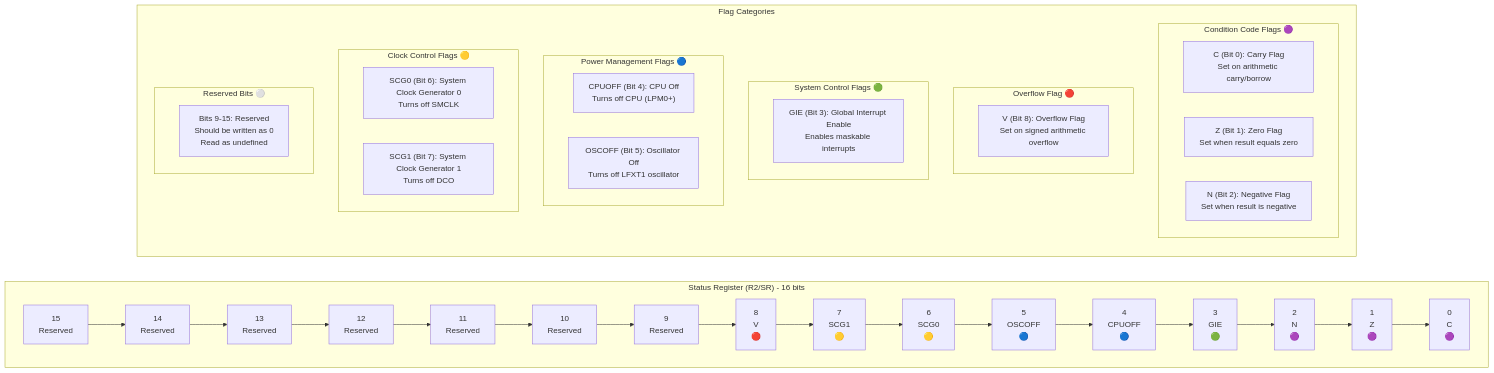
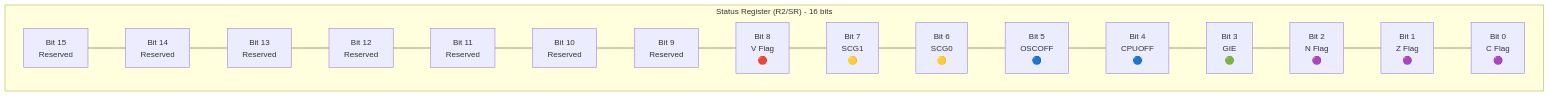
The fourth of 9 diagrams in docs/MSP430_CPU_REGISTERS.md (grahame-white/ai_msp430_emulator), drawn with Mermaid before and after one commit. The commit also changed other lines of this file, not shown here.

Commit message:
Improve Mermaid diagram text readability by splitting complex diagrams

````diff
--- a/docs/MSP430_CPU_REGISTERS.md
+++ b/docs/MSP430_CPU_REGISTERS.md
@@ -61,40 +93,38 @@
 ```mermaid
 graph LR
     subgraph sr["Status Register (R2/SR) - 16 bits"]
         direction LR
-        B15["15<br/>Reserved"] --> B14["14<br/>Reserved"] --> B13["13<br/>Reserved"] --> B12["12<br/>Reserved"]
-        B12 --> B11["11<br/>Reserved"] --> B10["10<br/>Reserved"] --> B9["9<br/>Reserved"] --> B8["8<br/>V<br/>🔴"]
-        B8 --> B7["7<br/>SCG1<br/>🟡"] --> B6["6<br/>SCG0<br/>🟡"] --> B5["5<br/>OSCOFF<br/>🔵"]
-        B5 --> B4["4<br/>CPUOFF<br/>🔵"] --> B3["3<br/>GIE<br/>🟢"] --> B2["2<br/>N<br/>🟣"] --> B1["1<br/>Z<br/>🟣"] --> B0["0<br/>C<br/>🟣"]
-    end
-    
-    subgraph flags["Flag Categories"]
-        subgraph cc["Condition Code Flags 🟣"]
-            CFLAG["C (Bit 0): Carry Flag<br/>Set on arithmetic carry/borrow"]
-            ZFLAG["Z (Bit 1): Zero Flag<br/>Set when result equals zero"]
-            NFLAG["N (Bit 2): Negative Flag<br/>Set when result is negative"]
-        end
+        B15["Bit 15<br/>Reserved"] 
+        B14["Bit 14<br/>Reserved"] 
+        B13["Bit 13<br/>Reserved"] 
+        B12["Bit 12<br/>Reserved"]
+        B11["Bit 11<br/>Reserved"] 
+        B10["Bit 10<br/>Reserved"] 
+        B9["Bit 9<br/>Reserved"] 
+        B8["Bit 8<br/>V Flag<br/>🔴"]
+        B7["Bit 7<br/>SCG1<br/>🟡"] 
+        B6["Bit 6<br/>SCG0<br/>🟡"] 
+        B5["Bit 5<br/>OSCOFF<br/>🔵"]
+        B4["Bit 4<br/>CPUOFF<br/>🔵"] 
+        B3["Bit 3<br/>GIE<br/>🟢"] 
+        B2["Bit 2<br/>N Flag<br/>🟣"] 
+        B1["Bit 1<br/>Z Flag<br/>🟣"] 
+        B0["Bit 0<br/>C Flag<br/>🟣"]
         
-        subgraph overflow["Overflow Flag 🔴"]
-            VFLAG["V (Bit 8): Overflow Flag<br/>Set on signed arithmetic overflow"]
-        end
-        
-        subgraph sys["System Control Flags 🟢"]
-            GIEFLAG["GIE (Bit 3): Global Interrupt Enable<br/>Enables maskable interrupts"]
-        end
-        
-        subgraph power["Power Management Flags 🔵"]
-            CPUOFFFLAG["CPUOFF (Bit 4): CPU Off<br/>Turns off CPU (LPM0+)"]
-            OSCOFFFLAG["OSCOFF (Bit 5): Oscillator Off<br/>Turns off LFXT1 oscillator"]
-        end
-        
-        subgraph clock["Clock Control Flags 🟡"]
-            SCG0FLAG["SCG0 (Bit 6): System Clock Generator 0<br/>Turns off SMCLK"]
-            SCG1FLAG["SCG1 (Bit 7): System Clock Generator 1<br/>Turns off DCO"]
-        end
-        
-        subgraph reserved["Reserved Bits ⚪"]
-            RESERVED["Bits 9-15: Reserved<br/>Should be written as 0<br/>Read as undefined"]
-        end
+        B15 --- B14
+        B14 --- B13
+        B13 --- B12
+        B12 --- B11
+        B11 --- B10
+        B10 --- B9
+        B9 --- B8
+        B8 --- B7
+        B7 --- B6
+        B6 --- B5
+        B5 --- B4
+        B4 --- B3
+        B3 --- B2
+        B2 --- B1
+        B1 --- B0
     end
 ```
````
